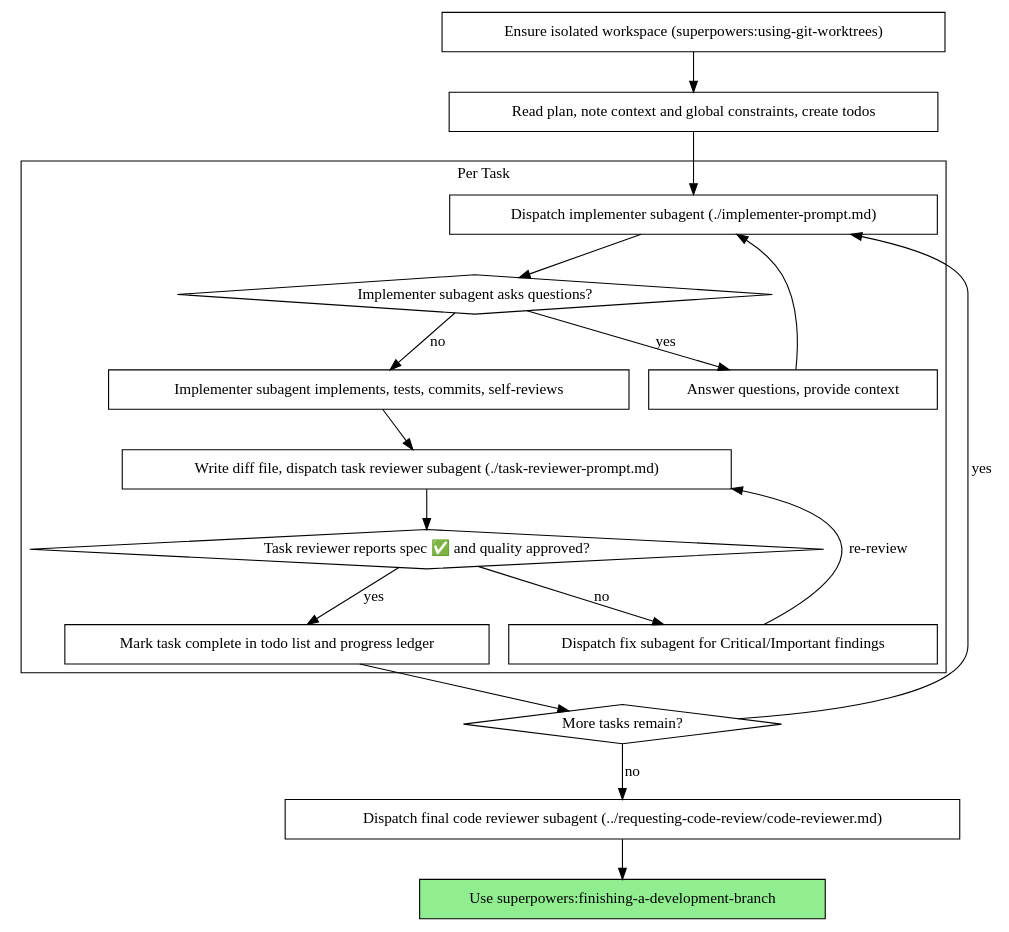
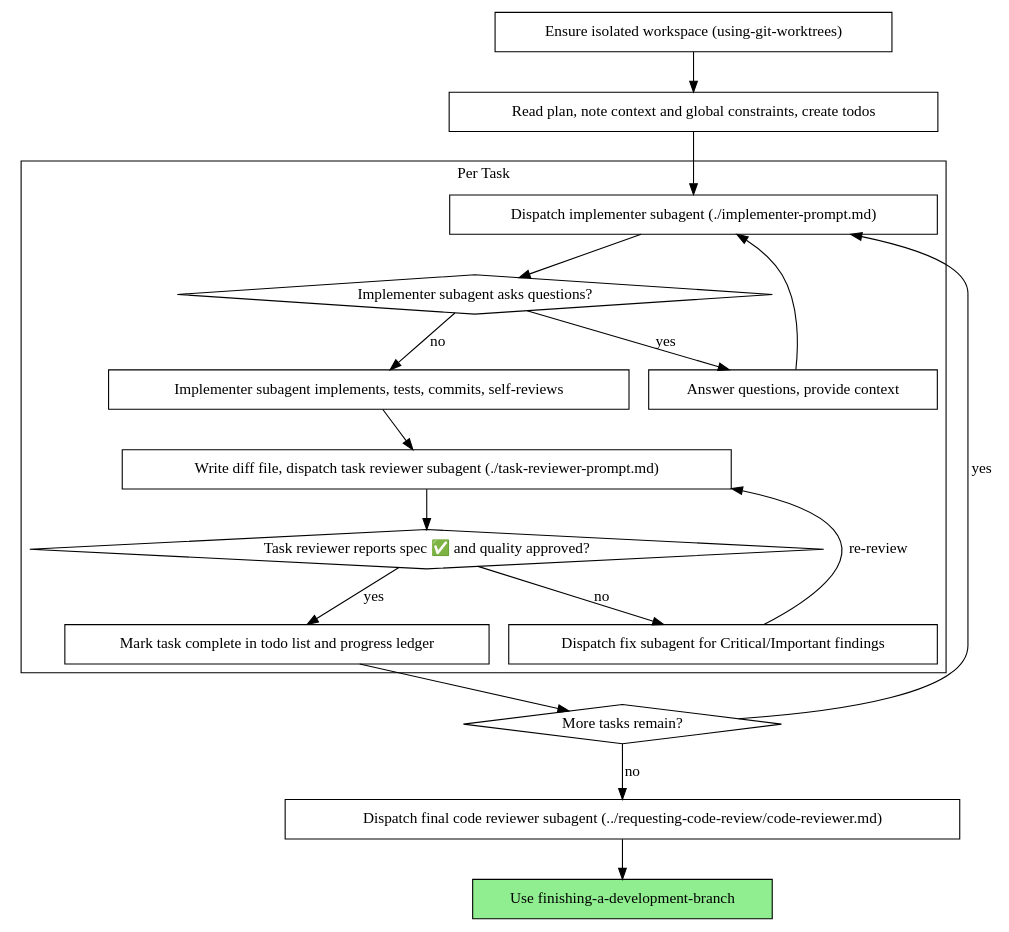
One commit to mpeciakk/dotfiles changed the second of 2 diagrams in .claude/skills/subagent-driven-development/SKILL.md. Above: the diagram before and after it, drawn with Graphviz. The commit also changed other lines of this file and 8 other files, not shown here.

````diff
--- a/.claude/skills/subagent-driven-development/SKILL.md
+++ b/.claude/skills/subagent-driven-development/SKILL.md
@@ -39,39 +39,39 @@
 ```dot
 digraph process {
     rankdir=TB;
 
     subgraph cluster_per_task {
         label="Per Task";
         "Dispatch implementer subagent (./implementer-prompt.md)" [shape=box];
         "Implementer subagent asks questions?" [shape=diamond];
         "Answer questions, provide context" [shape=box];
         "Implementer subagent implements, tests, commits, self-reviews" [shape=box];
         "Write diff file, dispatch task reviewer subagent (./task-reviewer-prompt.md)" [shape=box];
         "Task reviewer reports spec ✅ and quality approved?" [shape=diamond];
         "Dispatch fix subagent for Critical/Important findings" [shape=box];
         "Mark task complete in todo list and progress ledger" [shape=box];
     }
 
-    "Ensure isolated workspace (superpowers:using-git-worktrees)" [shape=box];
+    "Ensure isolated workspace (using-git-worktrees)" [shape=box];
     "Read plan, note context and global constraints, create todos" [shape=box];
     "More tasks remain?" [shape=diamond];
     "Dispatch final code reviewer subagent (../requesting-code-review/code-reviewer.md)" [shape=box];
-    "Use superpowers:finishing-a-development-branch" [shape=box style=filled fillcolor=lightgreen];
+    "Use finishing-a-development-branch" [shape=box style=filled fillcolor=lightgreen];
 
-    "Ensure isolated workspace (superpowers:using-git-worktrees)" -> "Read plan, note context and global constraints, create todos";
+    "Ensure isolated workspace (using-git-worktrees)" -> "Read plan, note context and global constraints, create todos";
     "Read plan, note context and global constraints, create todos" -> "Dispatch implementer subagent (./implementer-prompt.md)";
     "Dispatch implementer subagent (./implementer-prompt.md)" -> "Implementer subagent asks questions?";
     "Implementer subagent asks questions?" -> "Answer questions, provide context" [label="yes"];
     "Answer questions, provide context" -> "Dispatch implementer subagent (./implementer-prompt.md)";
     "Implementer subagent asks questions?" -> "Implementer subagent implements, tests, commits, self-reviews" [label="no"];
     "Implementer subagent implements, tests, commits, self-reviews" -> "Write diff file, dispatch task reviewer subagent (./task-reviewer-prompt.md)";
     "Write diff file, dispatch task reviewer subagent (./task-reviewer-prompt.md)" -> "Task reviewer reports spec ✅ and quality approved?";
     "Task reviewer reports spec ✅ and quality approved?" -> "Dispatch fix subagent for Critical/Important findings" [label="no"];
     "Dispatch fix subagent for Critical/Important findings" -> "Write diff file, dispatch task reviewer subagent (./task-reviewer-prompt.md)" [label="re-review"];
     "Task reviewer reports spec ✅ and quality approved?" -> "Mark task complete in todo list and progress ledger" [label="yes"];
     "Mark task complete in todo list and progress ledger" -> "More tasks remain?";
     "More tasks remain?" -> "Dispatch implementer subagent (./implementer-prompt.md)" [label="yes"];
     "More tasks remain?" -> "Dispatch final code reviewer subagent (../requesting-code-review/code-reviewer.md)" [label="no"];
-    "Dispatch final code reviewer subagent (../requesting-code-review/code-reviewer.md)" -> "Use superpowers:finishing-a-development-branch";
+    "Dispatch final code reviewer subagent (../requesting-code-review/code-reviewer.md)" -> "Use finishing-a-development-branch";
 }
 ```
````
